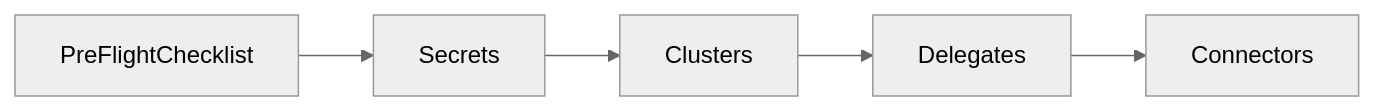
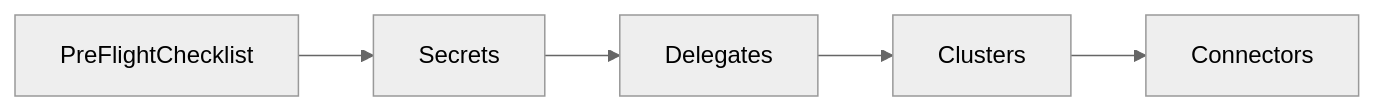
One commit to harness-community/cd-pipeline-sample changed the diagram in docs/GettingStarted.md. Above: the diagram before and after it, drawn with Mermaid (neutral theme). The commit also changed 4 other files, not shown here.

````diff
--- a/docs/GettingStarted.md
+++ b/docs/GettingStarted.md
@@ -6,5 +6,5 @@
 ```mermaid
 graph LR
 
-PreFlightChecklist --> Secrets --> Clusters --> Delegates --> Connectors
+PreFlightChecklist --> Secrets --> Delegates --> Clusters --> Connectors
 ```
````
